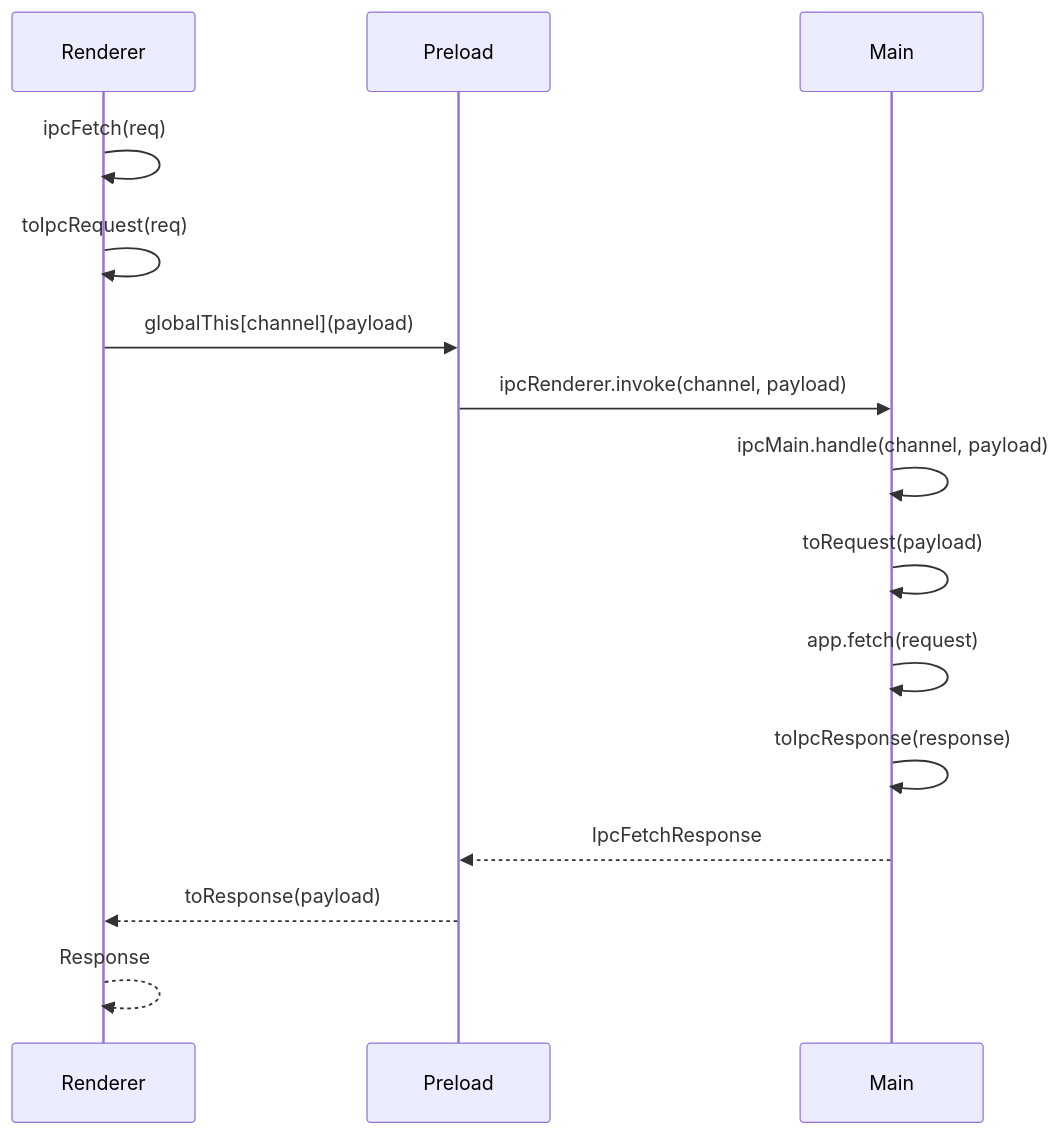
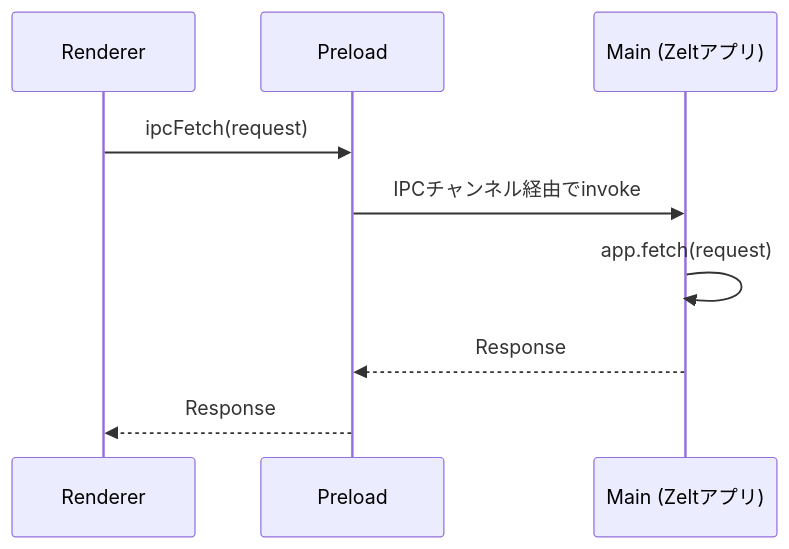
Before and after one commit to zeltjs/zelt: the diagram in website/i18n/ja/docusaurus-plugin-content-docs/current/electron/ipc-bridge.md, drawn with Mermaid. The commit also changed 7 other files, not shown here.

First line of the commit message:
docs(website): redesign remaining diagrams for reader-facing clarity

````diff
--- a/website/i18n/ja/docusaurus-plugin-content-docs/current/electron/ipc-bridge.md
+++ b/website/i18n/ja/docusaurus-plugin-content-docs/current/electron/ipc-bridge.md
@@ -11,18 +11,12 @@
 ```mermaid
 sequenceDiagram
-  participant Renderer
-  participant Preload
-  participant Main
+  participant R as Renderer
+  participant P as Preload
+  participant M as Main (Zeltアプリ)
 
-  Renderer->>Renderer: ipcFetch(req)
-  Renderer->>Renderer: toIpcRequest(req)
-  Renderer->>Preload: globalThis[channel](payload)
-  Preload->>Main: ipcRenderer.invoke(channel, payload)
-  Main->>Main: ipcMain.handle(channel, payload)
-  Main->>Main: toRequest(payload)
-  Main->>Main: app.fetch(request)
-  Main->>Main: toIpcResponse(response)
-  Main-->>Preload: IpcFetchResponse
-  Preload-->>Renderer: toResponse(payload)
-  Renderer-->>Renderer: Response
+  R->>P: ipcFetch(request)
+  P->>M: IPCチャンネル経由でinvoke
+  M->>M: app.fetch(request)
+  M-->>P: Response
+  P-->>R: Response
 ```
````
